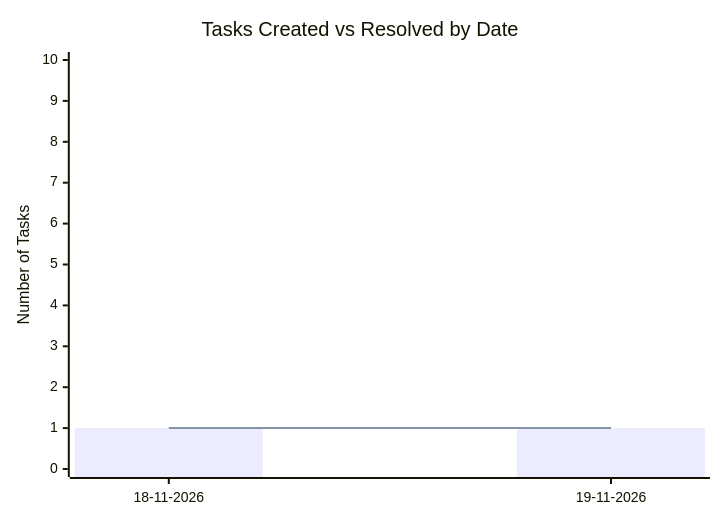
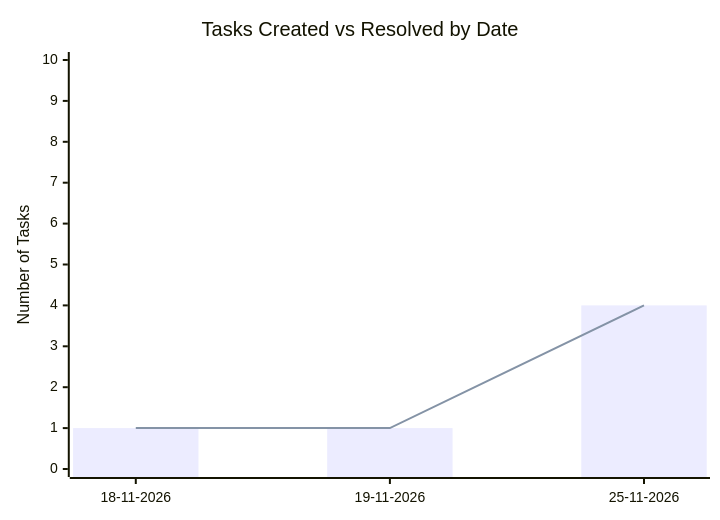
One commit to sagarms97/MyWorkDairy changed the second of 2 diagrams in Room_Booking/Analytics.md. Above: the diagram before and after it, drawn with Mermaid. The commit also changed other lines of this file and 14 other files, not shown here.

````diff
--- a/Room_Booking/Analytics.md
+++ b/Room_Booking/Analytics.md
@@ -25,8 +26,8 @@
 ```mermaid
 xychart-beta
     title "Tasks Created vs Resolved by Date"
-    x-axis ["18-11-2026", "19-11-2026"]
+    x-axis ["18-11-2026", "19-11-2026", "25-11-2026"]
     y-axis "Number of Tasks" 0 --> 10
-    bar [1, 1]
-    line [1, 1]
+    bar [1, 1, 4]
+    line [1, 1, 4]
 ```
````
